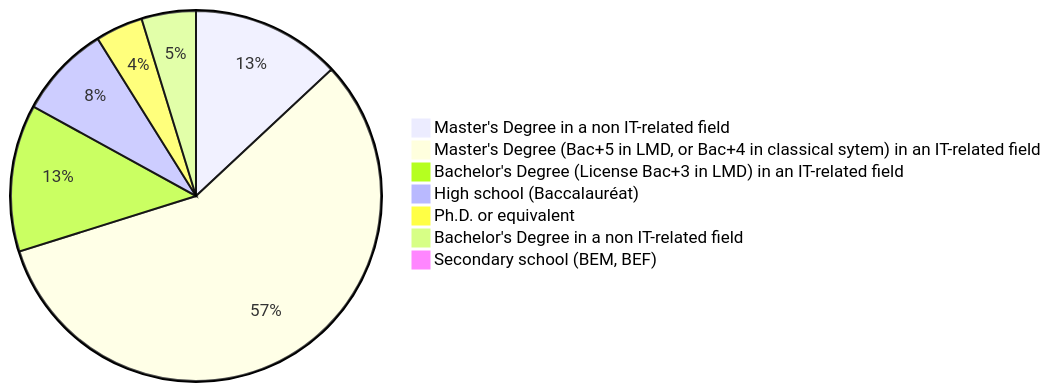
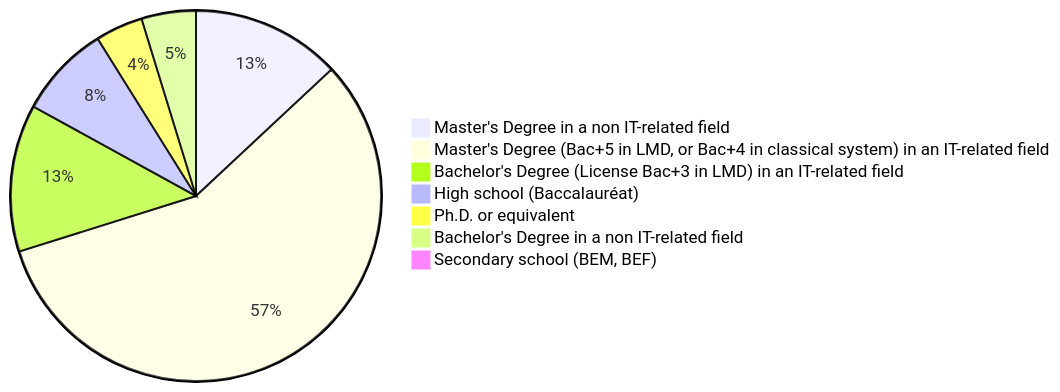
One commit to Fcmam5/state-of-dz-swe-2024 changed the third of 40 diagrams in website/docs/appendix/raw-results.md. Above: the diagram before and after it, drawn with Mermaid. The commit also changed 8 other files, not shown here.

````diff
--- a/website/docs/appendix/raw-results.md
+++ b/website/docs/appendix/raw-results.md
@@ -47,10 +47,10 @@
 ```mermaid
 pie
     "Master's Degree in a non IT-related field" : 66
-    "Master's Degree (Bac+5 in LMD, or Bac+4 in classical sytem) in an IT-related field" : 289
+    "Master's Degree (Bac+5 in LMD, or Bac+4 in classical system) in an IT-related field" : 289
     "Bachelor's Degree (License Bac+3 in LMD) in an IT-related field" : 65
     "High school (Baccalauréat)" : 41
     "Ph.D. or equivalent" : 21
     "Bachelor's Degree in a non IT-related field" : 24
     "Secondary school (BEM, BEF)" : 2
 ```
````
